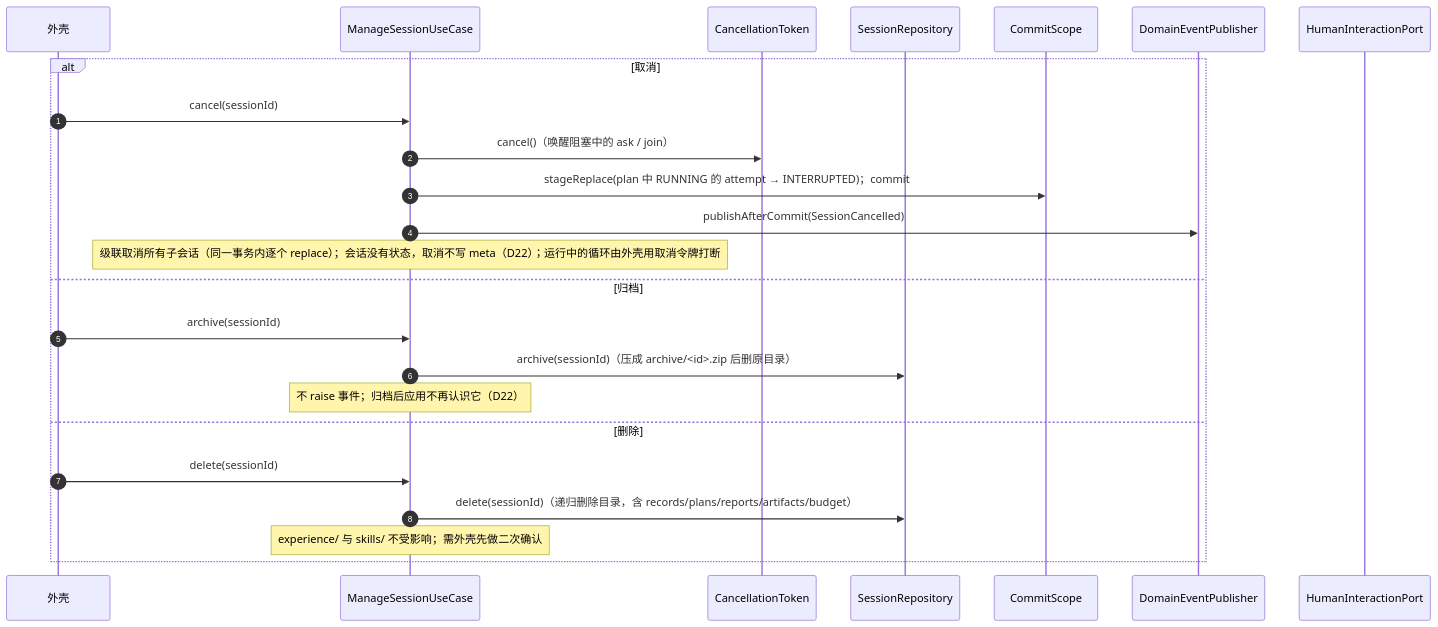
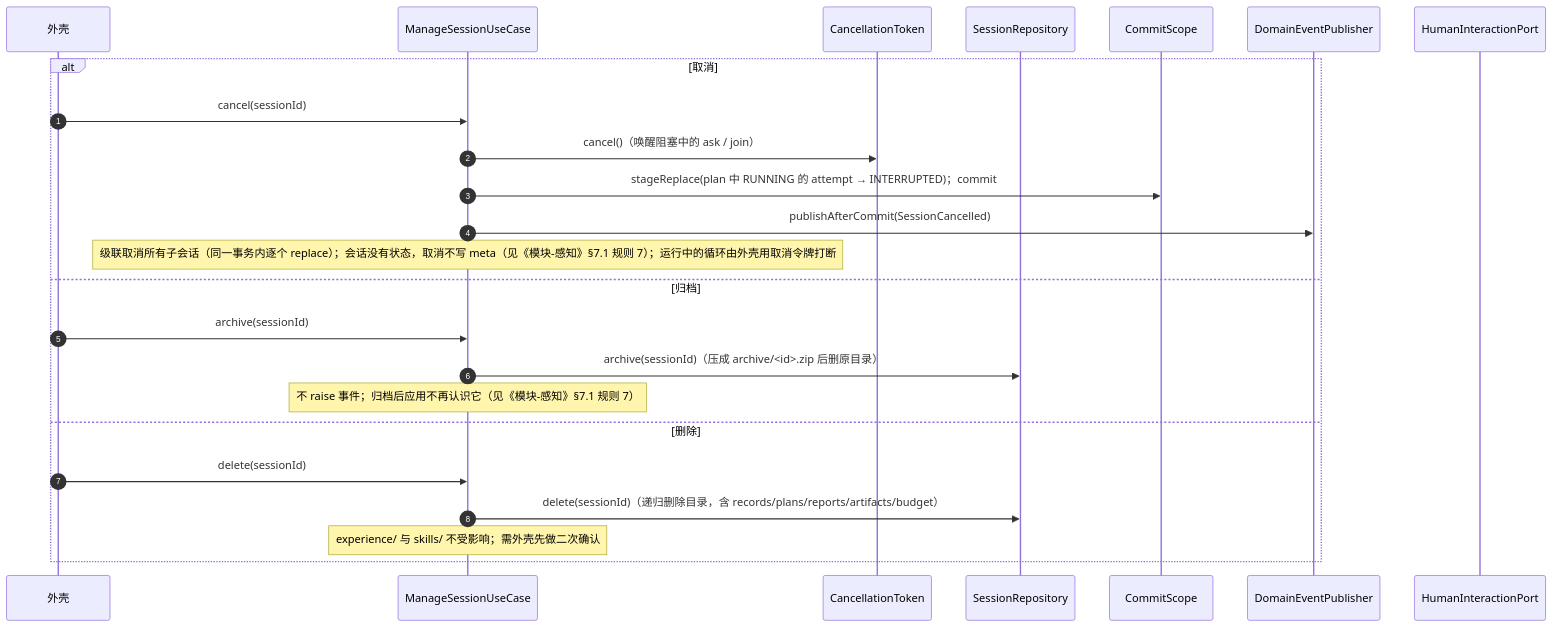
One commit to zcd0831/Jellyfish-Docs changed the seventh of 10 diagrams in model/模块-应用层.md. Above: the diagram before and after it, drawn with Mermaid. The commit also changed other lines of this file and 13 other files, not shown here.

````diff
--- a/model/模块-应用层.md
+++ b/model/模块-应用层.md
@@ -447,27 +447,27 @@
 ```mermaid
 sequenceDiagram
     autonumber
     participant UI as 外壳
     participant U4 as ManageSessionUseCase
     participant C as CancellationToken
     participant R as SessionRepository
     participant CS as CommitScope
     participant EP as DomainEventPublisher
     participant HI as HumanInteractionPort
 
     alt 取消
         UI->>U4: cancel(sessionId)
         U4->>C: cancel()（唤醒阻塞中的 ask / join）
         U4->>CS: stageReplace(plan 中 RUNNING 的 attempt → INTERRUPTED)；commit
         U4->>EP: publishAfterCommit(SessionCancelled)
-        Note over U4: 级联取消所有子会话（同一事务内逐个 replace）；会话没有状态，取消不写 meta（D22）；运行中的循环由外壳用取消令牌打断
+        Note over U4: 级联取消所有子会话（同一事务内逐个 replace）；会话没有状态，取消不写 meta（见《模块-感知》§7.1 规则 7）；运行中的循环由外壳用取消令牌打断
     else 归档
         UI->>U4: archive(sessionId)
         U4->>R: archive(sessionId)（压成 archive/<id>.zip 后删原目录）
-        Note over U4: 不 raise 事件；归档后应用不再认识它（D22）
+        Note over U4: 不 raise 事件；归档后应用不再认识它（见《模块-感知》§7.1 规则 7）
     else 删除
         UI->>U4: delete(sessionId)
         U4->>R: delete(sessionId)（递归删除目录，含 records/plans/reports/artifacts/budget）
         Note over U4: experience/ 与 skills/ 不受影响；需外壳先做二次确认
     end
 ```
````
